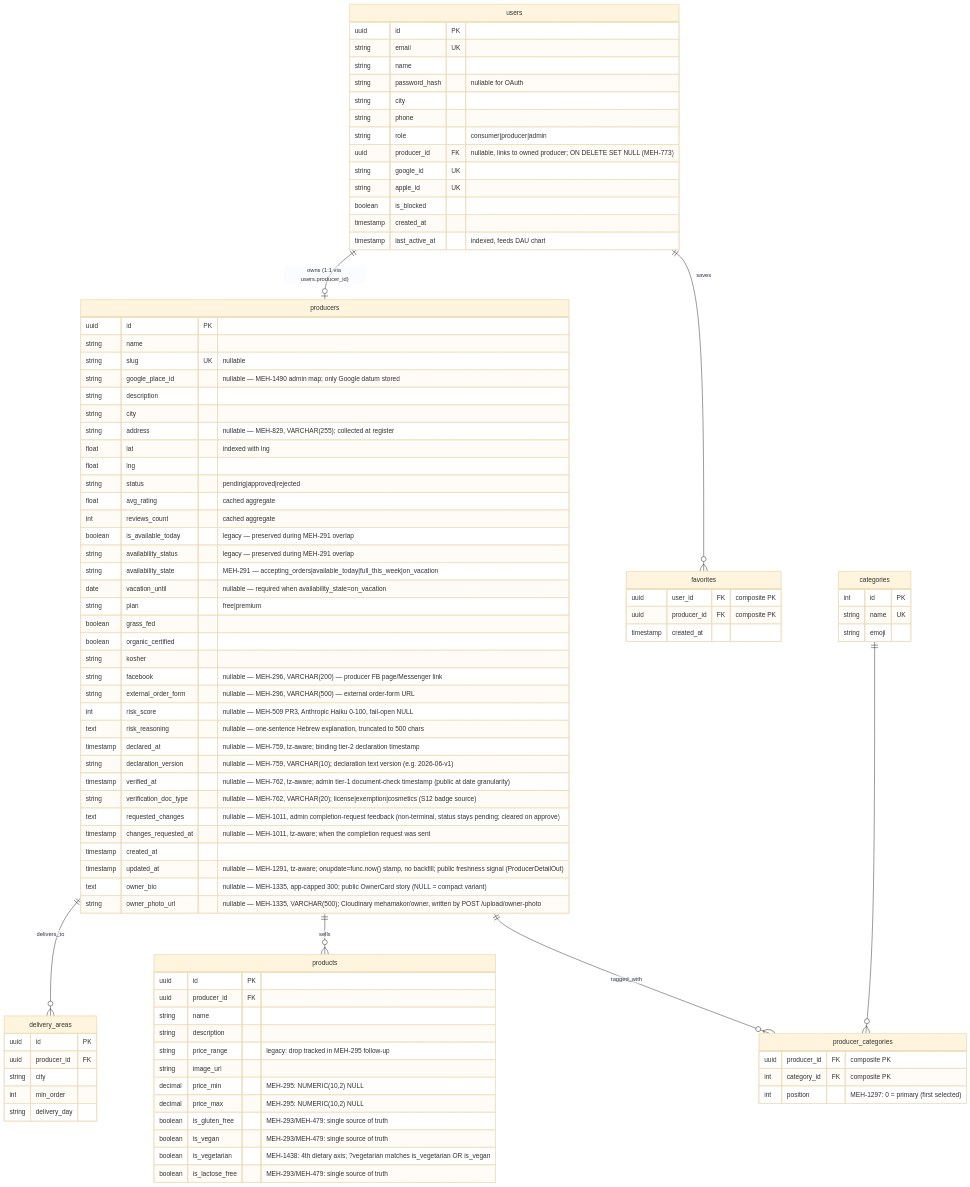
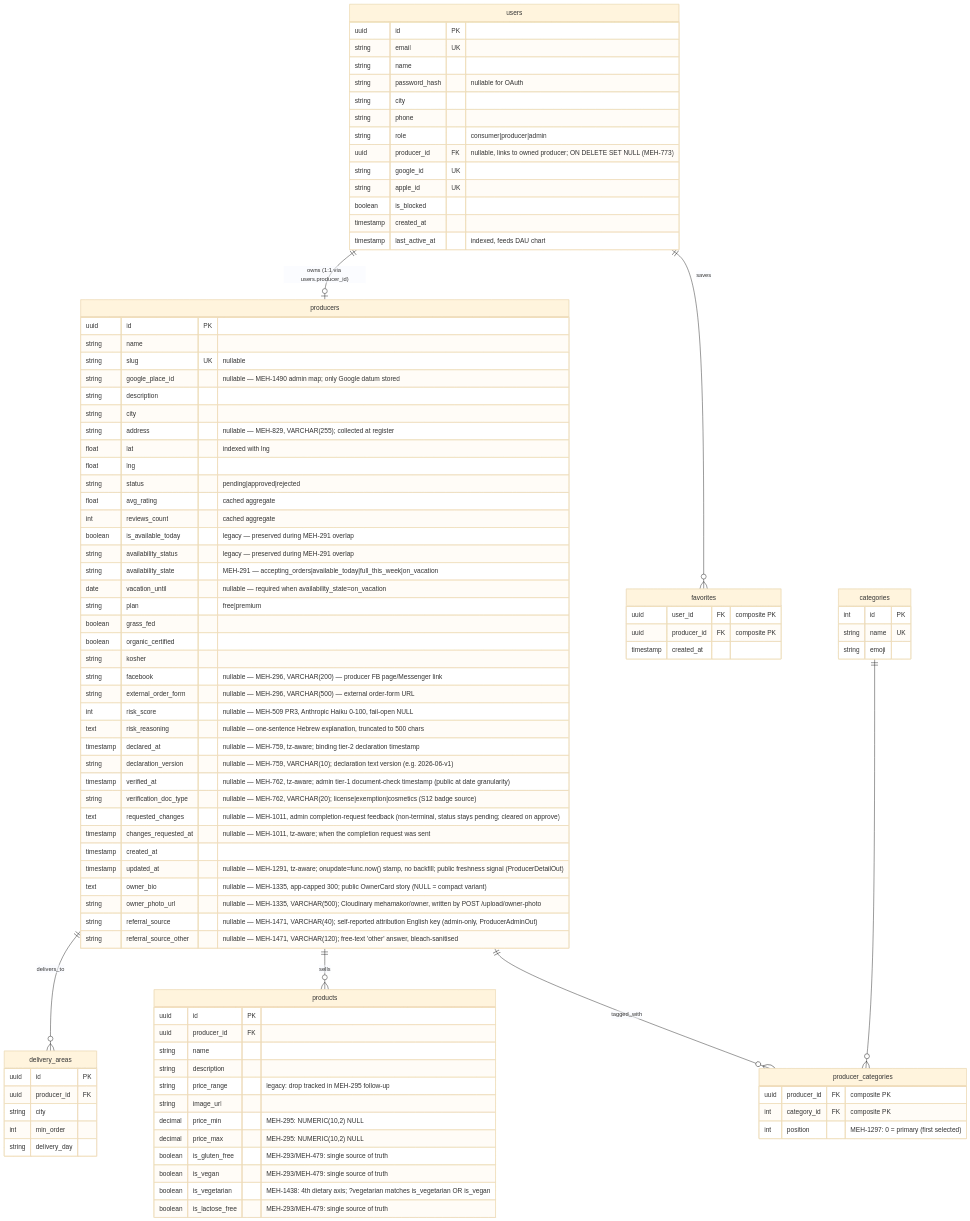
One commit to levismadar80-ship-it/FoodMamkor changed the first of 4 diagrams in .ai/diagrams/db-schema.md. Above: the diagram before and after it, drawn with Mermaid (base theme). The commit also changed 17 other files, not shown here.

First line of the commit message:
feat(register): self-reported attribution field "מאיפה שמעת עלינו?" (MEH-1471) (#2108)

```diff
--- a/.ai/diagrams/db-schema.md
+++ b/.ai/diagrams/db-schema.md
@@ -72,6 +72,8 @@
         timestamp updated_at "nullable — MEH-1291, tz-aware; onupdate=func.now() stamp, no backfill; public freshness signal (ProducerDetailOut)"
         text owner_bio "nullable — MEH-1335, app-capped 300; public OwnerCard story (NULL = compact variant)"
         string owner_photo_url "nullable — MEH-1335, VARCHAR(500); Cloudinary mehamakor/owner, written by POST /upload/owner-photo"
+        string referral_source "nullable — MEH-1471, VARCHAR(40); self-reported attribution English key (admin-only, ProducerAdminOut)"
+        string referral_source_other "nullable — MEH-1471, VARCHAR(120); free-text 'other' answer, bleach-sanitised"
     }
 
     categories {
```
